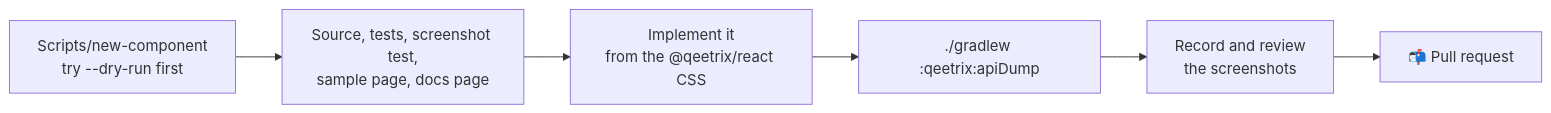
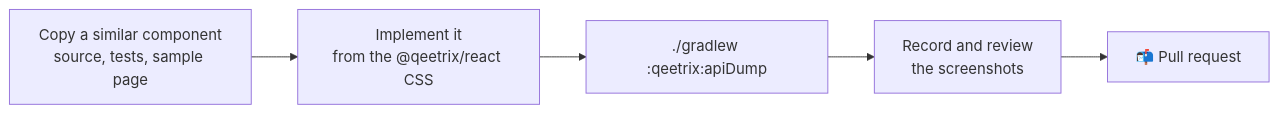
One commit to qeetgroup/qeetrix-android changed the third of 4 diagrams in CONTRIBUTING.md. Above: the diagram before and after it, drawn with Mermaid. The commit also changed other lines of this file and 179 other files, not shown here.

````diff
--- a/CONTRIBUTING.md
+++ b/CONTRIBUTING.md
@@ -104,8 +102,7 @@
 ```mermaid
 flowchart LR
-    A["Scripts/new-component<br/>try --dry-run first"] --> B["Source, tests, screenshot test,<br/>sample page, docs page"]
-    B --> C["Implement it<br/>from the @qeetrix/react CSS"]
-    C --> D["./gradlew :qeetrix:apiDump"]
-    D --> E["Record and review<br/>the screenshots"]
-    E --> F["📬 Pull request"]
+    A["Copy a similar component<br/>source, tests, sample page"] --> B["Implement it<br/>from the @qeetrix/react CSS"]
+    B --> C["./gradlew :qeetrix:apiDump"]
+    C --> D["Record and review<br/>the screenshots"]
+    D --> E["📬 Pull request"]
 ```
````
